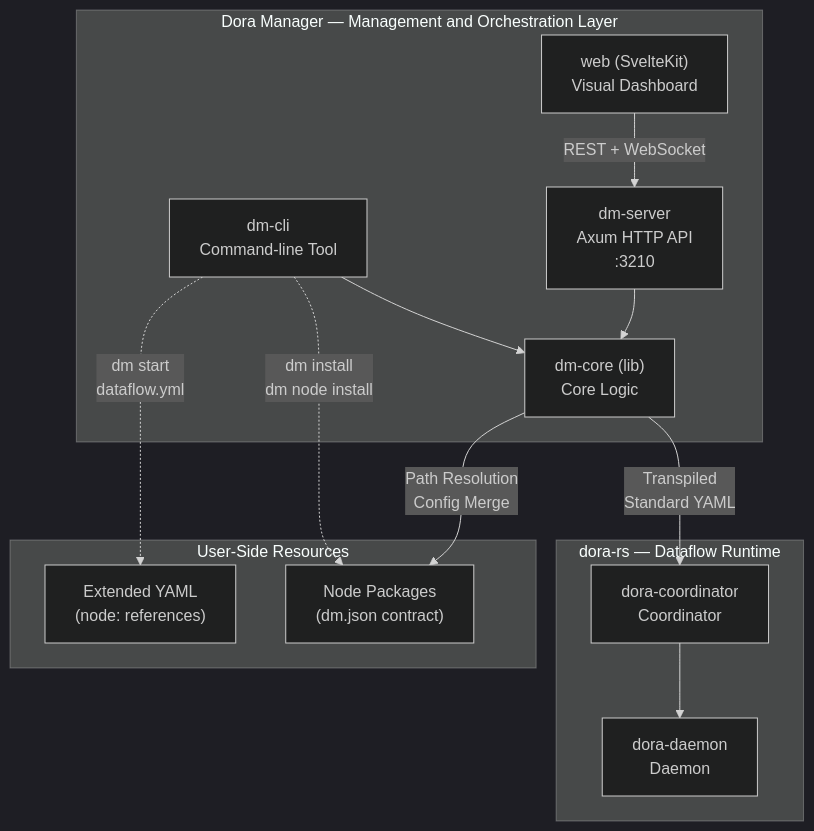
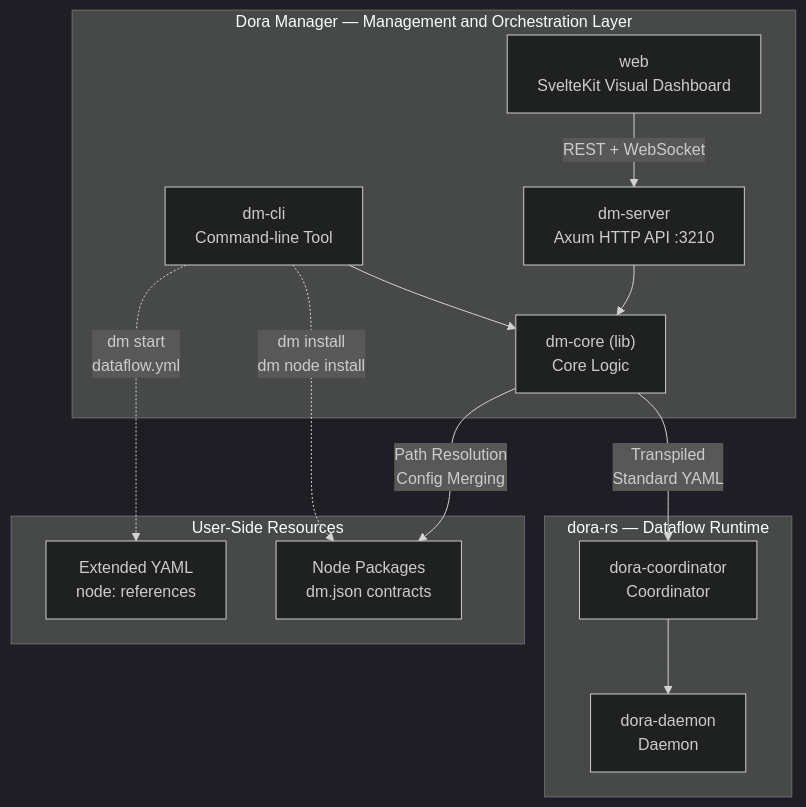
The first of 2 diagrams in wiki/zh/en/01-project-overview.md (l1veIn/dora-manager), drawn with Mermaid (dark theme) before and after one commit. The commit also changed other lines of this file and 99 other files, not shown here.

````diff
--- a/wiki/zh/en/01-project-overview.md
+++ b/wiki/zh/en/01-project-overview.md
@@ -15,30 +11,30 @@
 ```mermaid
 graph TB
     subgraph "Dora Manager — Management and Orchestration Layer"
         CLI["dm-cli<br/>Command-line Tool"]
-        API["dm-server<br/>Axum HTTP API<br/>:3210"]
-        WEB["web (SvelteKit)<br/>Visual Dashboard"]
-        
+        API["dm-server<br/>Axum HTTP API :3210"]
+        WEB["web<br/>SvelteKit Visual Dashboard"]
+
         CORE["dm-core (lib)<br/>Core Logic"]
-        
+
         CLI --> CORE
         API --> CORE
         WEB -->|"REST + WebSocket"| API
     end
 
     subgraph "dora-rs — Dataflow Runtime"
         COORD["dora-coordinator<br/>Coordinator"]
         DAEMON["dora-daemon<br/>Daemon"]
     end
 
     subgraph "User-Side Resources"
-        YAML["Extended YAML<br/>(node: references)"]
-        NODES["Node Packages<br/>(dm.json contract)"]
+        YAML["Extended YAML<br/>node: references"]
+        NODES["Node Packages<br/>dm.json contracts"]
     end
 
     CORE -->|"Transpiled<br/>Standard YAML"| COORD
     COORD --> DAEMON
     CLI -.->|"dm install<br/>dm node install"| NODES
     CLI -.->|"dm start<br/>dataflow.yml"| YAML
-    CORE -->|"Path Resolution<br/>Config Merge"| NODES
+    CORE -->|"Path Resolution<br/>Config Merging"| NODES
 ```
````
